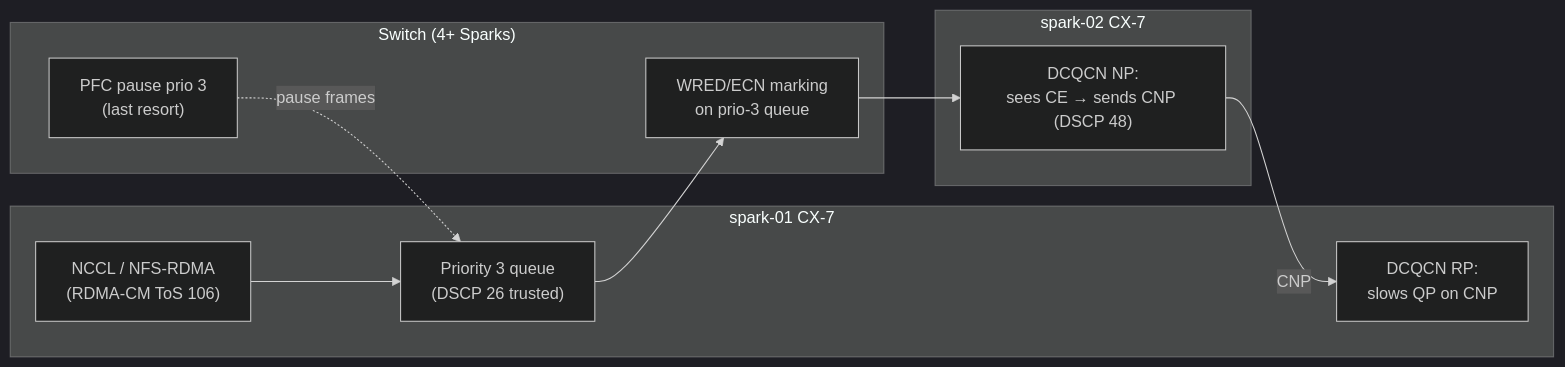
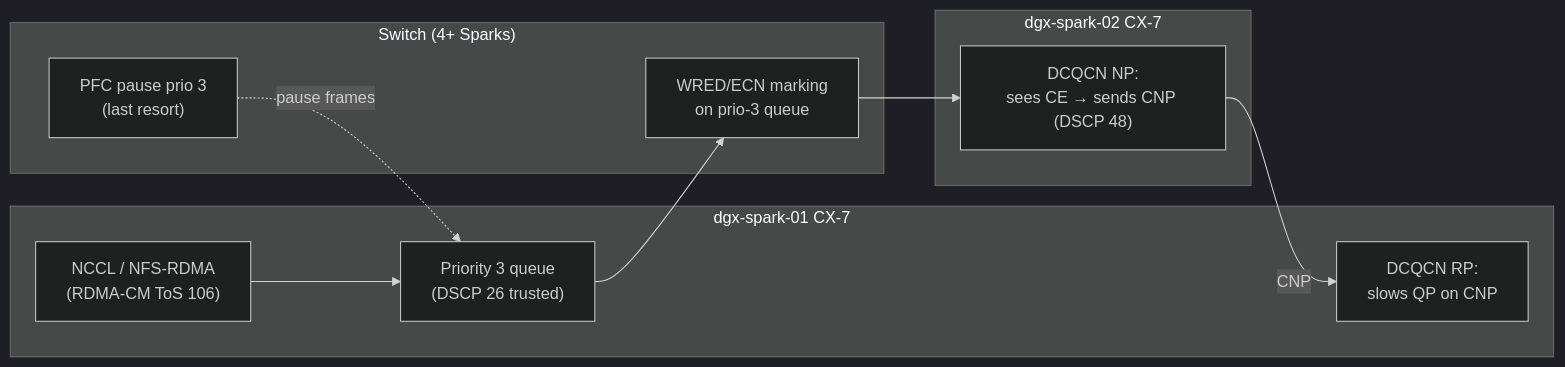
One commit to cloudone365/technical-depth changed the first of 2 diagrams in 01 Ansible/12-lossless-rocev2-and-pfc-switch-host-tuning.md. Above: the diagram before and after it, drawn with Mermaid (dark theme). The commit also changed 88 other files, not shown here.

First line of the commit message:
Rename the Spark hosts to dgx-spark-01 / dgx-spark-02

````diff
--- a/01 Ansible/12-lossless-rocev2-and-pfc-switch-host-tuning.md
+++ b/01 Ansible/12-lossless-rocev2-and-pfc-switch-host-tuning.md
@@ -25,17 +25,17 @@
 ```mermaid
 flowchart LR
-  subgraph TX["spark-01 CX-7"]
+  subgraph TX["dgx-spark-01 CX-7"]
     APP["NCCL / NFS-RDMA<br/>(RDMA-CM ToS 106)"] --> Q3["Priority 3 queue<br/>(DSCP 26 trusted)"]
     CNP_RX["DCQCN RP:<br/>slows QP on CNP"]
   end
   subgraph SW["Switch (4+ Sparks)"]
     ECN["WRED/ECN marking<br/>on prio-3 queue"]
     PFC["PFC pause prio 3<br/>(last resort)"]
   end
-  subgraph RX["spark-02 CX-7"]
+  subgraph RX["dgx-spark-02 CX-7"]
     NP["DCQCN NP:<br/>sees CE → sends CNP (DSCP 48)"]
   end
   Q3 --> ECN --> NP
   NP -- CNP --> CNP_RX
   PFC -. pause frames .-> Q3
 ```
````
